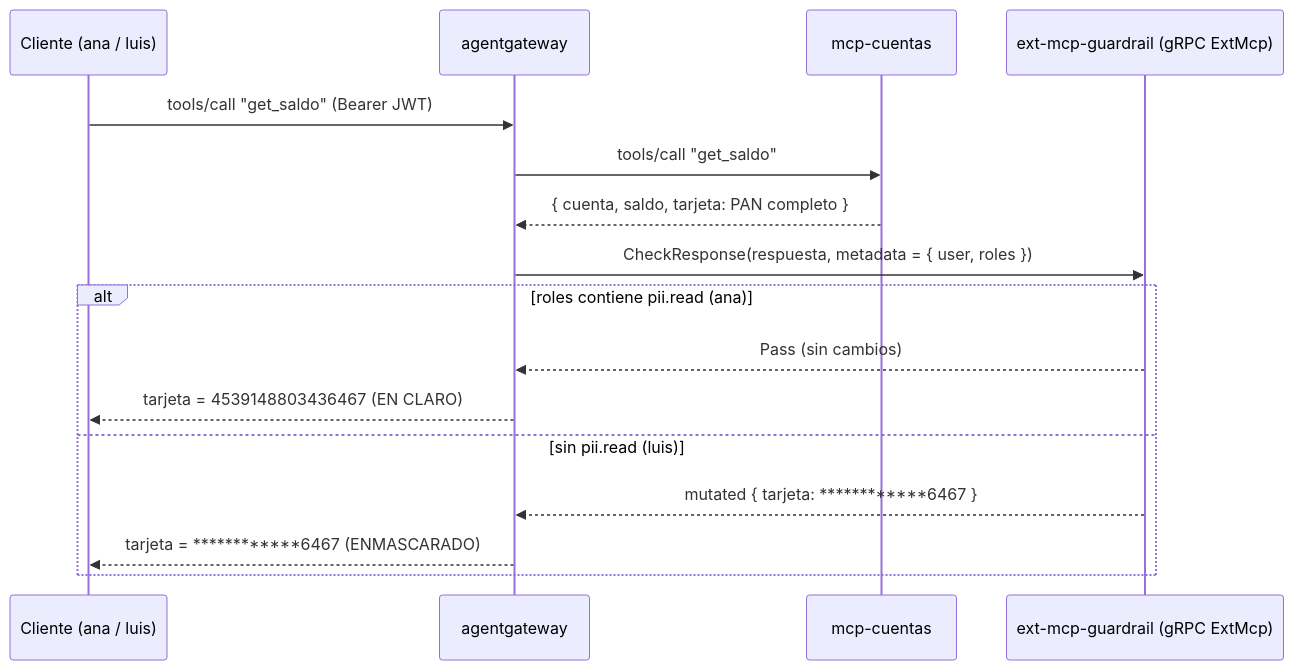
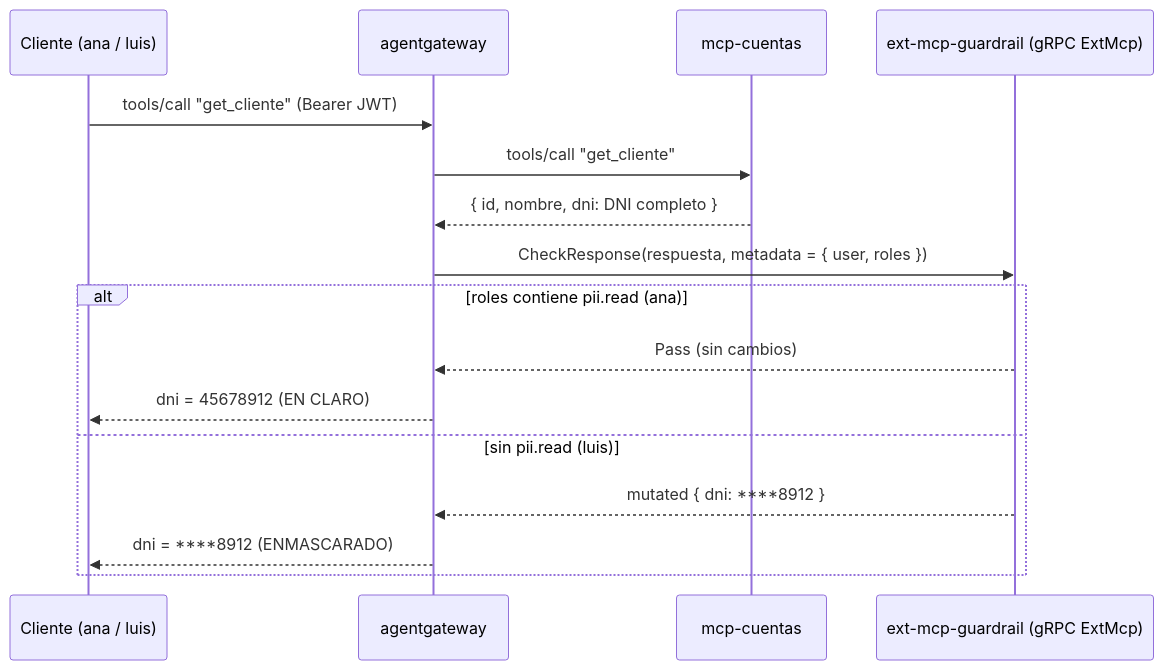
The first of 2 diagrams in README.md (mzegarras/mcpgateway), drawn with Mermaid before and after one commit. The commit also changed other lines of this file and 4 other files, not shown here.

````diff
--- a/README.md
+++ b/README.md
@@ -37,19 +37,19 @@
 ```mermaid
 sequenceDiagram
     participant C as Cliente (ana / luis)
     participant G as agentgateway
     participant M as mcp-cuentas
     participant X as ext-mcp-guardrail (gRPC ExtMcp)
 
-    C->>G: tools/call "get_saldo" (Bearer JWT)
-    G->>M: tools/call "get_saldo"
-    M-->>G: { cuenta, saldo, tarjeta: PAN completo }
+    C->>G: tools/call "get_cliente" (Bearer JWT)
+    G->>M: tools/call "get_cliente"
+    M-->>G: { id, nombre, dni: DNI completo }
     G->>X: CheckResponse(respuesta, metadata = { user, roles })
     alt roles contiene pii.read (ana)
         X-->>G: Pass (sin cambios)
-        G-->>C: tarjeta = 4539148803436467  (EN CLARO)
+        G-->>C: dni = 45678912  (EN CLARO)
     else sin pii.read (luis)
-        X-->>G: mutated { tarjeta: ************6467 }
-        G-->>C: tarjeta = ************6467  (ENMASCARADO)
+        X-->>G: mutated { dni: ****8912 }
+        G-->>C: dni = ****8912  (ENMASCARADO)
     end
 ```
````
